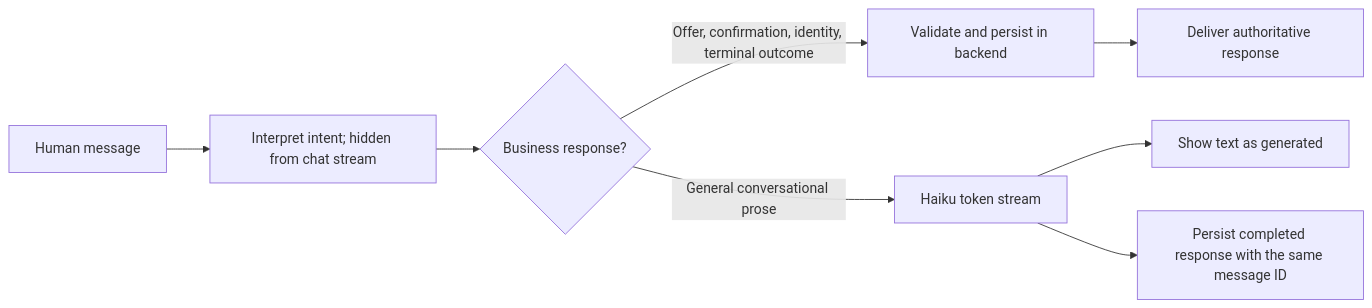
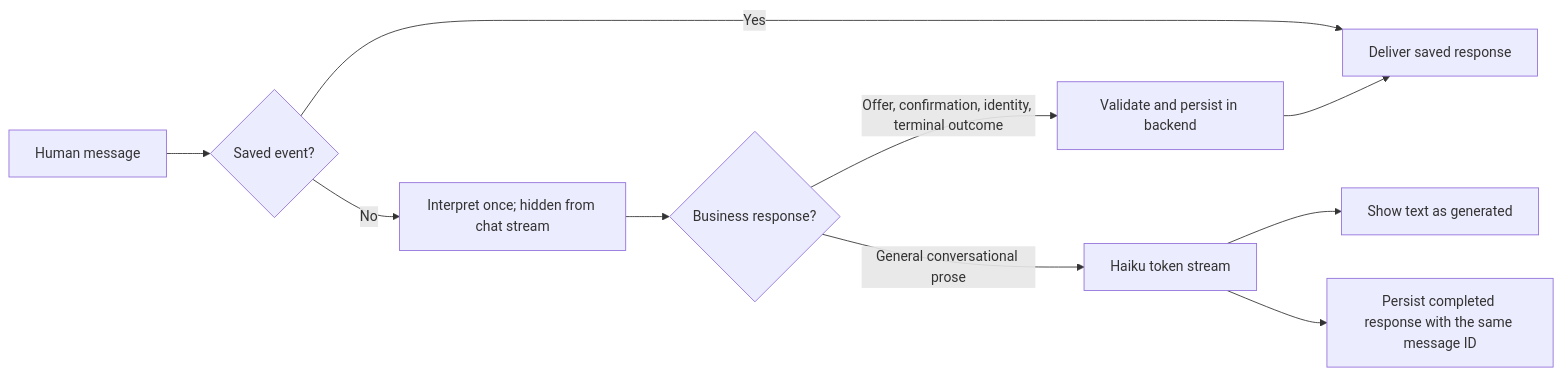
Before and after one commit to sergiomorapardo/AgenticDebtCollection: the diagram in docs/STREAMING.md, drawn with Mermaid. The commit also changed other lines of this file and 10 other files, not shown here.

````diff
--- a/docs/STREAMING.md
+++ b/docs/STREAMING.md
@@ -3,10 +3,12 @@
 ```mermaid
 flowchart LR
-    U[Human message] --> I[Interpret intent; hidden from chat stream]
+    U[Human message] --> R{Saved event?}
+    R -->|Yes| F[Deliver saved response]
+    R -->|No| I[Interpret once; hidden from chat stream]
     I --> B{Business response?}
     B -->|Offer, confirmation, identity, terminal outcome| V[Validate and persist in backend]
-    V --> F[Deliver authoritative response]
+    V --> F
     B -->|General conversational prose| S[Haiku token stream]
     S --> C[Show text as generated]
     S --> P[Persist completed response with the same message ID]
 ```
````
